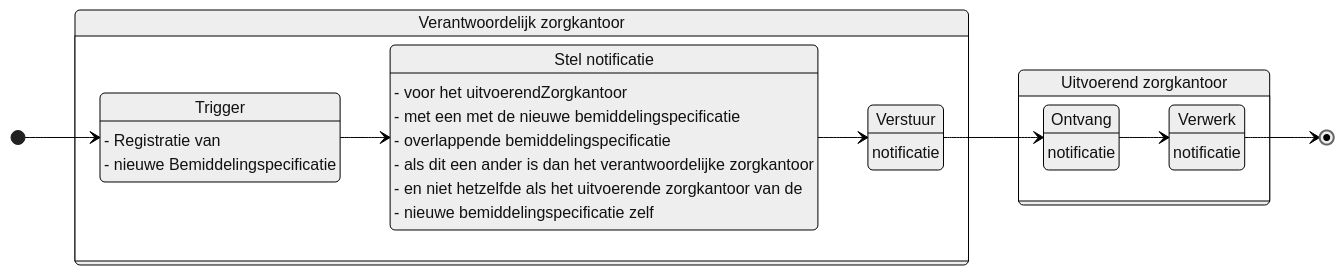
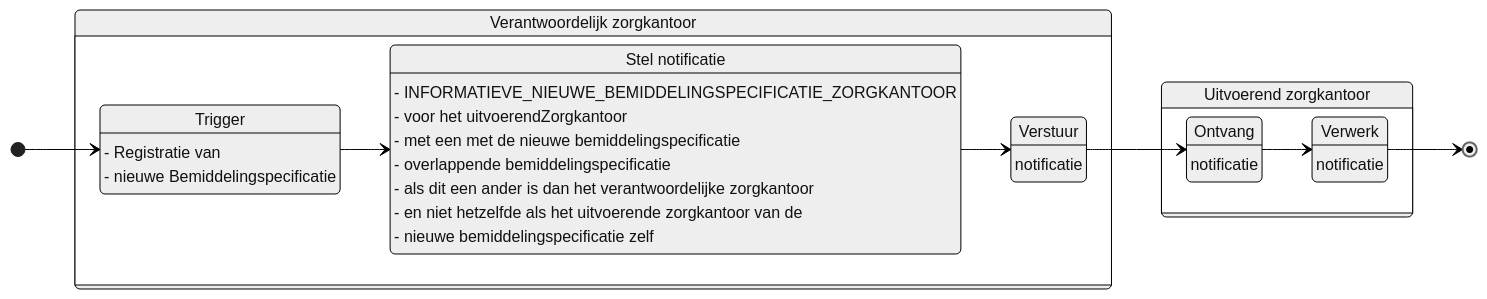
Before and after one commit to iStandaarden/iWlz-bemiddeling: the diagram in notificaties/informatieve_nieuwe_bemiddelingspecificatie_zorgkantoor.md, drawn with Mermaid.

Commit message:
Update informatieve_nieuwe_bemiddelingspecificatie_zorgkantoor.md
in schema naam van notificatie toegevoegd

````diff
--- a/notificaties/informatieve_nieuwe_bemiddelingspecificatie_zorgkantoor.md
+++ b/notificaties/informatieve_nieuwe_bemiddelingspecificatie_zorgkantoor.md
@@ -25,45 +25,46 @@
 ```mermaid
 ---
 config:
   theme: neutral
   look: classic
 ---
 stateDiagram
   direction LR
   state verzender {
     direction TB
     trigger --> opstellen
     opstellen --> verstuur
     trigger
     opstellen
     verstuur
   }
   state ontvanger {
     direction TB
     ontvang --> verwerk
     ontvang
     verwerk
   }
   [*] --> trigger
   verstuur --> ontvang
   verwerk --> [*]
   verzender:Verantwoordelijk zorgkantoor
   trigger:Trigger
     trigger:- Registratie van
     trigger:- nieuwe Bemiddelingspecificatie
   opstellen: Stel notificatie
+    opstellen: - INFORMATIEVE_NIEUWE_BEMIDDELINGSPECIFICATIE_ZORGKANTOOR
     opstellen: - voor het uitvoerendZorgkantoor
     opstellen: - met een met de nieuwe bemiddelingspecificatie
     opstellen: - overlappende bemiddelingspecificatie
     opstellen: - als dit een ander is dan het verantwoordelijke zorgkantoor
     opstellen: - en niet hetzelfde als het uitvoerende zorgkantoor van de 
     opstellen: - nieuwe bemiddelingspecificatie zelf
   verstuur:Verstuur 
     verstuur: notificatie
   ontvanger:Uitvoerend zorgkantoor
   ontvang:Ontvang 
     ontvang:notificatie
   verwerk:Verwerk 
     verwerk:notificatie
 
 ```
````
